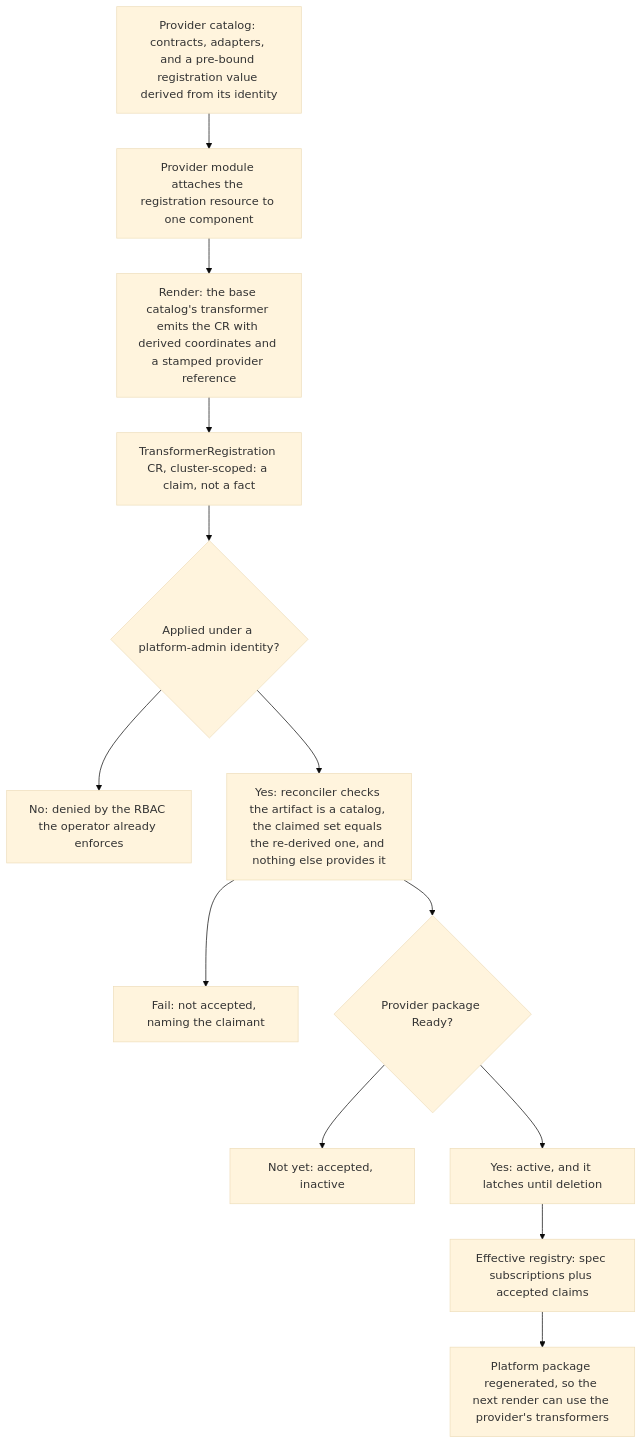
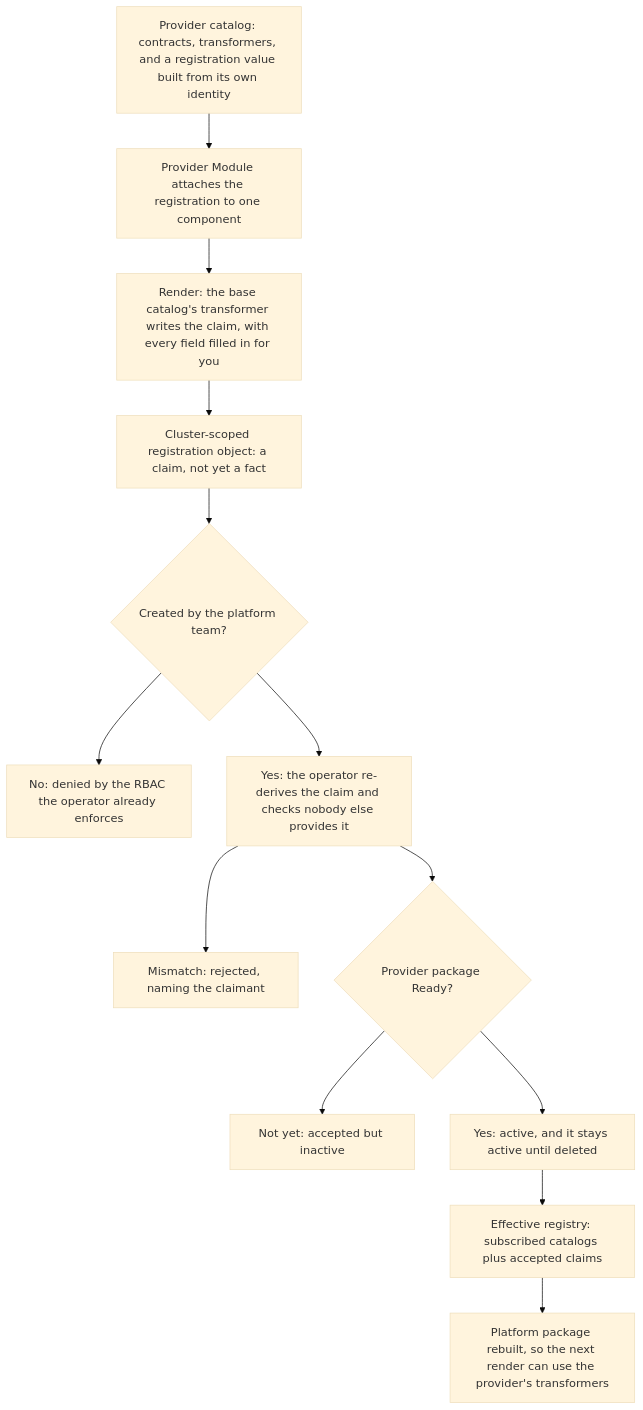
One commit to open-platform-model/enhancements changed the diagram in 0015/README.md. Above: the diagram before and after it, drawn with Mermaid (base theme). The commit also changed other lines of this file and 37 other files, not shown here.

````diff
--- a/0015/README.md
+++ b/0015/README.md
@@ -31,15 +23,15 @@
 ```mermaid
 flowchart TD
-    pcat["Provider catalog: contracts, adapters, and a pre-bound registration value derived from its identity"] --> pmod
-    pmod["Provider module attaches the registration resource to one component"] --> render
-    render["Render: the base catalog's transformer emits the CR with derived coordinates and a stamped provider reference"] --> cr
-    cr["TransformerRegistration CR, cluster-scoped: a claim, not a fact"] --> rbac{"Applied under a platform-admin identity?"}
+    pcat["Provider catalog: contracts, transformers, and a registration value built from its own identity"] --> pmod
+    pmod["Provider Module attaches the registration to one component"] --> render
+    render["Render: the base catalog's transformer writes the claim, with every field filled in for you"] --> cr
+    cr["Cluster-scoped registration object: a claim, not yet a fact"] --> rbac{"Created by the platform team?"}
     rbac --> denied["No: denied by the RBAC the operator already enforces"]
-    rbac --> accept["Yes: reconciler checks the artifact is a catalog, the claimed set equals the re-derived one, and nothing else provides it"]
-    accept --> rejected["Fail: not accepted, naming the claimant"]
+    rbac --> accept["Yes: the operator re-derives the claim and checks nobody else provides it"]
+    accept --> rejected["Mismatch: rejected, naming the claimant"]
     accept --> ready{"Provider package Ready?"}
-    ready --> waiting["Not yet: accepted, inactive"]
-    ready --> active["Yes: active, and it latches until deletion"]
-    active --> registry["Effective registry: spec subscriptions plus accepted claims"]
-    registry --> regen["Platform package regenerated, so the next render can use the provider's transformers"]
+    ready --> waiting["Not yet: accepted but inactive"]
+    ready --> active["Yes: active, and it stays active until deleted"]
+    active --> registry["Effective registry: subscribed catalogs plus accepted claims"]
+    registry --> regen["Platform package rebuilt, so the next render can use the provider's transformers"]
 ```
````
